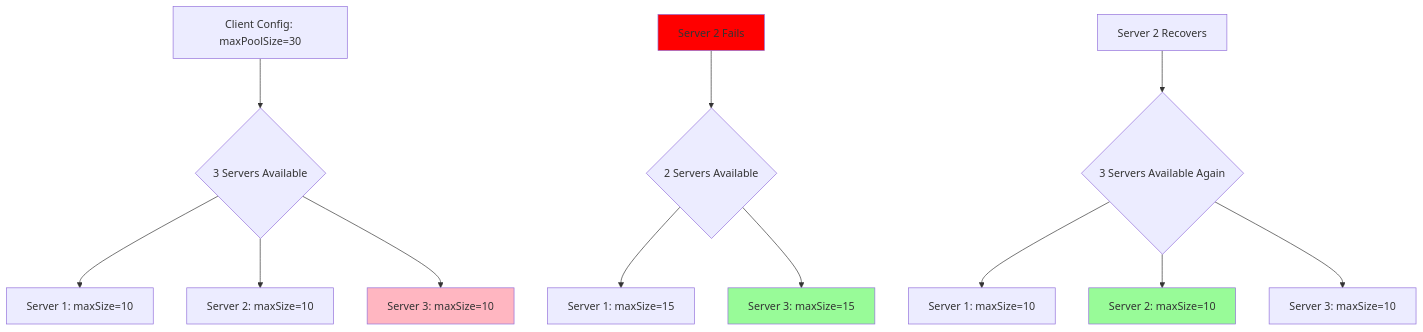
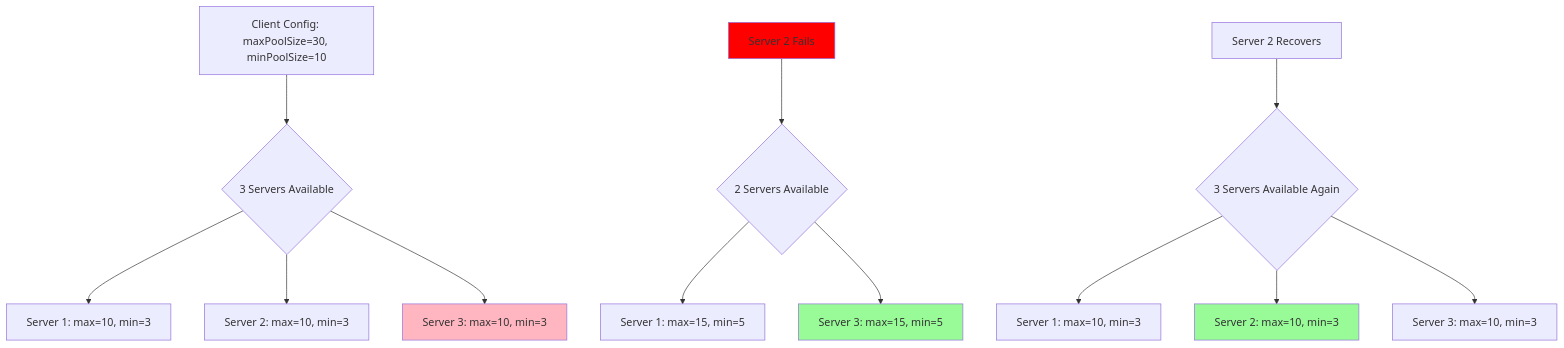
The sixth of 8 diagrams in documents/ebook/part3-chapter9-multinode-deployment.md (youzh00/yzahi-ojp), drawn with Mermaid before and after one commit. The commit also changed other lines of this file, not shown here.

Commit message:
Fix Chapter 9: gRPC connection model, session stickiness, pool coordination, and monitoring

````diff
--- a/documents/ebook/part3-chapter9-multinode-deployment.md
+++ b/documents/ebook/part3-chapter9-multinode-deployment.md
@@ -290,21 +292,21 @@
 ```mermaid
 graph TD
-    A[Client Config: maxPoolSize=30] --> B{3 Servers Available}
-    B --> C[Server 1: maxSize=10]
-    B --> D[Server 2: maxSize=10]
-    B --> E[Server 3: maxSize=10]
+    A[Client Config: maxPoolSize=30, minPoolSize=10] --> B{3 Servers Available}
+    B --> C[Server 1: max=10, min=3]
+    B --> D[Server 2: max=10, min=3]
+    B --> E[Server 3: max=10, min=3]
     
     F[Server 2 Fails] --> G{2 Servers Available}
-    G --> H[Server 1: maxSize=15]
-    G --> I[Server 3: maxSize=15]
+    G --> H[Server 1: max=15, min=5]
+    G --> I[Server 3: max=15, min=5]
     
     J[Server 2 Recovers] --> K{3 Servers Available Again}
-    K --> L[Server 1: maxSize=10]
-    K --> M[Server 2: maxSize=10]
-    K --> N[Server 3: maxSize=10]
+    K --> L[Server 1: max=10, min=3]
+    K --> M[Server 2: max=10, min=3]
+    K --> N[Server 3: max=10, min=3]
     
     style E fill:#FFB6C1
     style F fill:#FF0000
     style I fill:#98FB98
     style M fill:#98FB98
 ```
````
